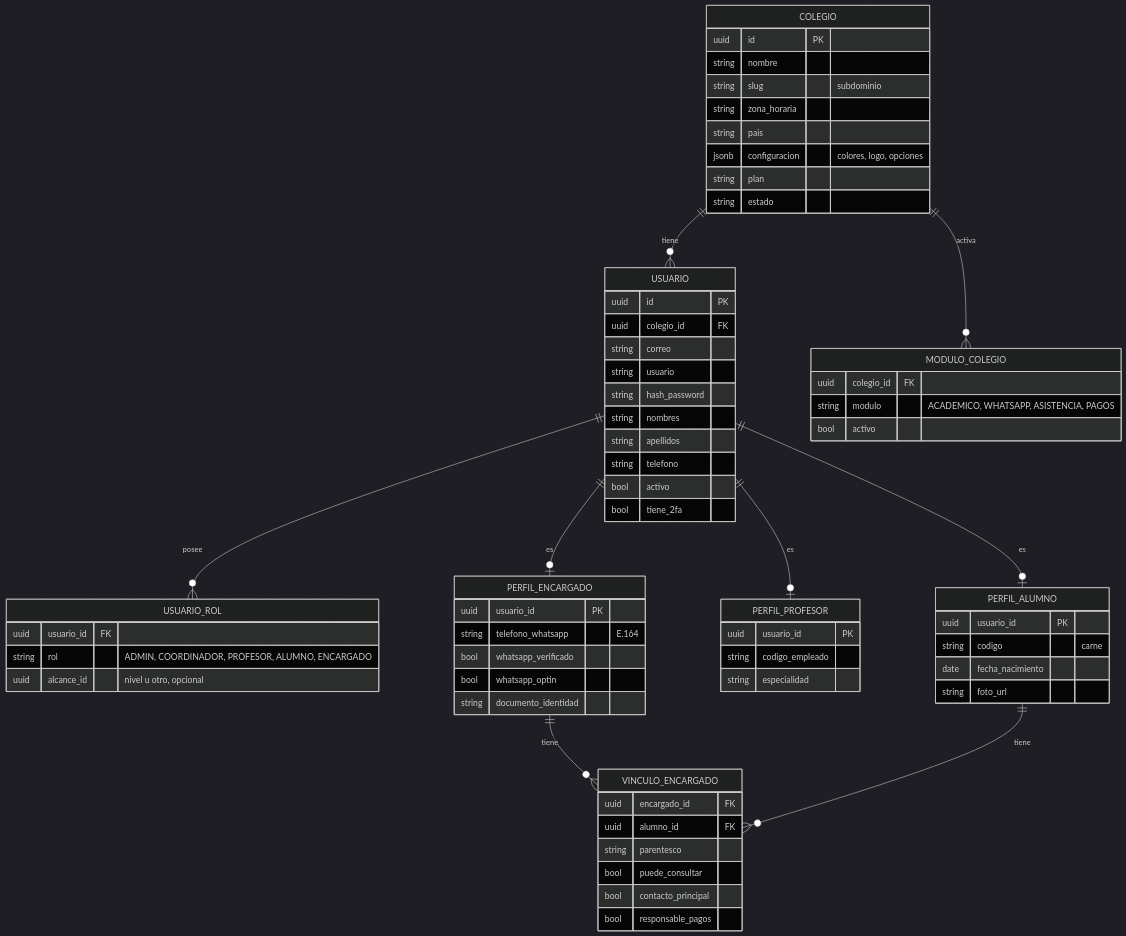
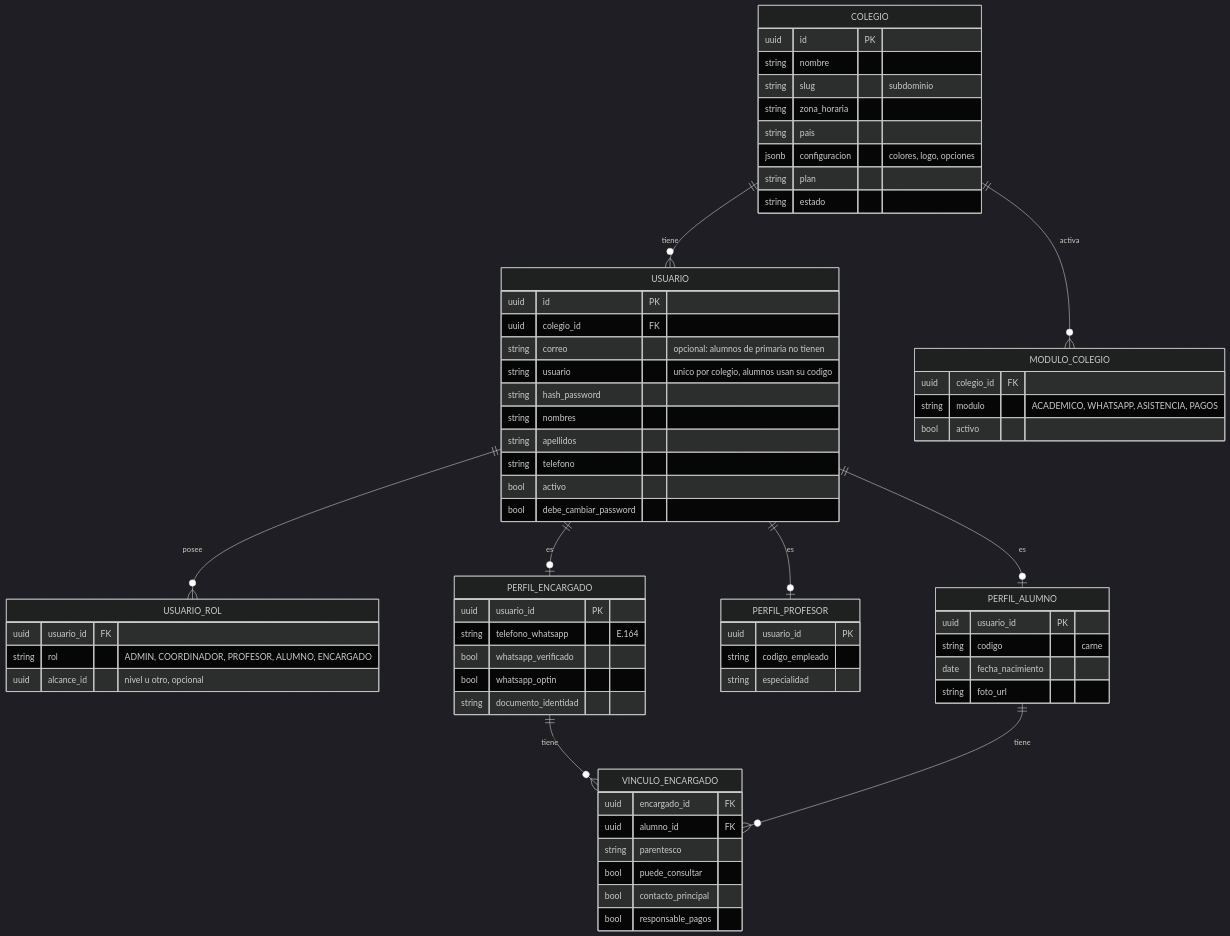
The first of 4 diagrams in docs/06-modelo-de-datos.md (PabloReyes1/RexaEdu), drawn with Mermaid (dark theme) before and after one commit. The commit also changed 11 other files, not shown here.

First line of the commit message:
docs: quitar 2FA y correo de alumnos; agregar diseño UI/UX a la medida

````diff
--- a/docs/06-modelo-de-datos.md
+++ b/docs/06-modelo-de-datos.md
@@ -9,70 +9,70 @@
 ```mermaid
 erDiagram
     COLEGIO ||--o{ USUARIO : tiene
     COLEGIO ||--o{ MODULO_COLEGIO : activa
     USUARIO ||--o{ USUARIO_ROL : posee
     USUARIO ||--o| PERFIL_ALUMNO : "es"
     USUARIO ||--o| PERFIL_PROFESOR : "es"
     USUARIO ||--o| PERFIL_ENCARGADO : "es"
     PERFIL_ENCARGADO ||--o{ VINCULO_ENCARGADO : tiene
     PERFIL_ALUMNO ||--o{ VINCULO_ENCARGADO : tiene
 
     COLEGIO {
         uuid id PK
         string nombre
         string slug "subdominio"
         string zona_horaria
         string pais
         jsonb configuracion "colores, logo, opciones"
         string plan
         string estado
     }
     MODULO_COLEGIO {
         uuid colegio_id FK
         string modulo "ACADEMICO, WHATSAPP, ASISTENCIA, PAGOS"
         bool activo
     }
     USUARIO {
         uuid id PK
         uuid colegio_id FK
-        string correo
-        string usuario
+        string correo "opcional: alumnos de primaria no tienen"
+        string usuario "unico por colegio, alumnos usan su codigo"
         string hash_password
         string nombres
         string apellidos
         string telefono
         bool activo
-        bool tiene_2fa
+        bool debe_cambiar_password
     }
     USUARIO_ROL {
         uuid usuario_id FK
         string rol "ADMIN, COORDINADOR, PROFESOR, ALUMNO, ENCARGADO"
         uuid alcance_id "nivel u otro, opcional"
     }
     PERFIL_ALUMNO {
         uuid usuario_id PK
         string codigo "carne"
         date fecha_nacimiento
         string foto_url
     }
     PERFIL_PROFESOR {
         uuid usuario_id PK
         string codigo_empleado
         string especialidad
     }
     PERFIL_ENCARGADO {
         uuid usuario_id PK
         string telefono_whatsapp "E.164"
         bool whatsapp_verificado
         bool whatsapp_optin
         string documento_identidad
     }
     VINCULO_ENCARGADO {
         uuid encargado_id FK
         uuid alumno_id FK
         string parentesco
         bool puede_consultar
         bool contacto_principal
         bool responsable_pagos
     }
 ```
````
